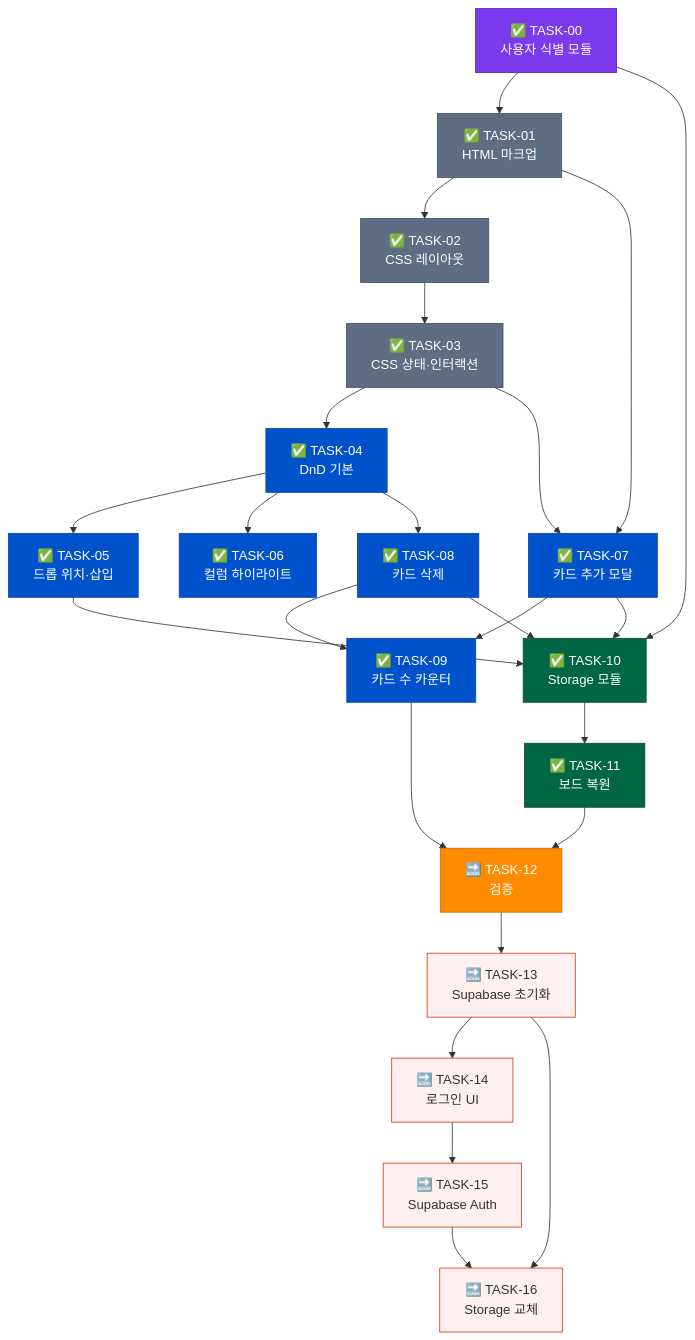
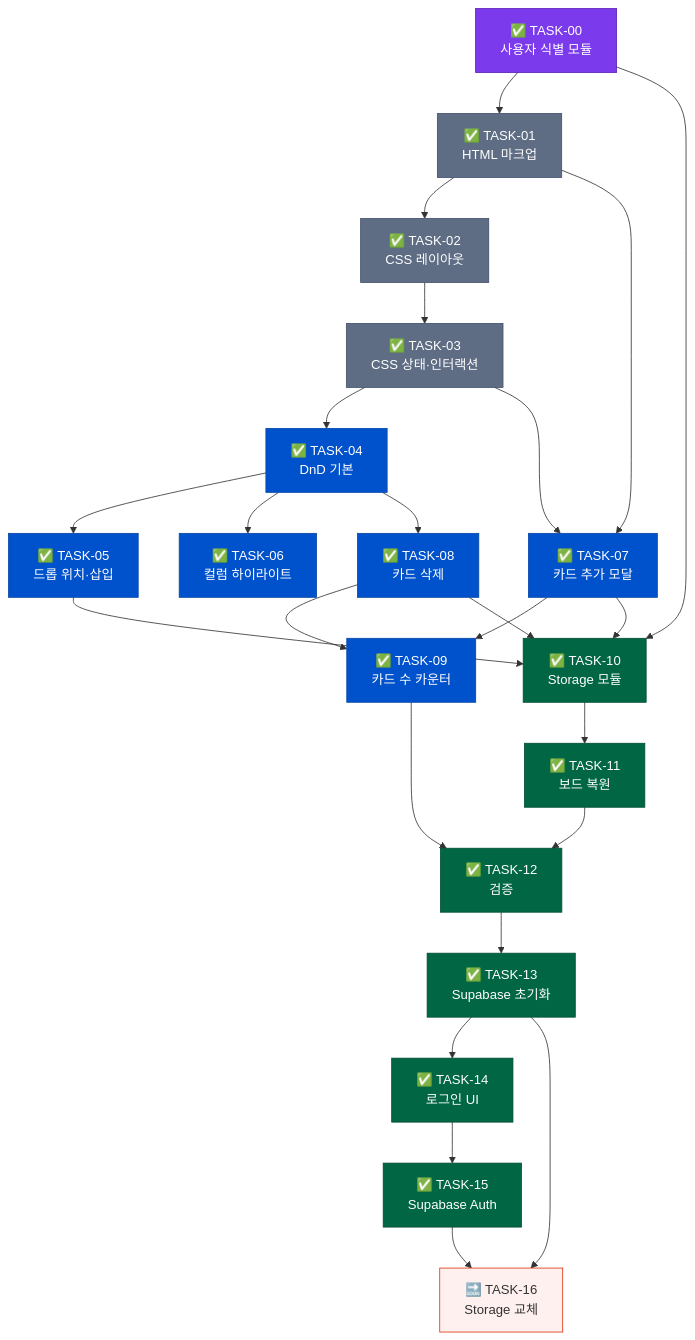
One commit to TTTHHH5/kanban changed the diagram in docs/tasks.md. Above: the diagram before and after it, drawn with Mermaid. The commit also changed other lines of this file and 6 other files, not shown here.

First line of the commit message:
docs: v2.0 문서 업데이트 (Supabase Auth 반영)

````diff
--- a/docs/tasks.md
+++ b/docs/tasks.md
@@ -14,62 +14,62 @@
 ```mermaid
 flowchart TD
     T00["✅ TASK-00\n사용자 식별 모듈"]
     T01["✅ TASK-01\nHTML 마크업"]
     T02["✅ TASK-02\nCSS 레이아웃"]
     T03["✅ TASK-03\nCSS 상태·인터랙션"]
     T04["✅ TASK-04\nDnD 기본"]
     T05["✅ TASK-05\n드롭 위치·삽입"]
     T06["✅ TASK-06\n컬럼 하이라이트"]
     T07["✅ TASK-07\n카드 추가 모달"]
     T08["✅ TASK-08\n카드 삭제"]
     T09["✅ TASK-09\n카드 수 카운터"]
     T10["✅ TASK-10\nStorage 모듈"]
     T11["✅ TASK-11\n보드 복원"]
-    T12["🔜 TASK-12\n검증"]
-    T13["🔜 TASK-13\nSupabase 초기화"]
-    T14["🔜 TASK-14\n로그인 UI"]
-    T15["🔜 TASK-15\nSupabase Auth"]
+    T12["✅ TASK-12\n검증"]
+    T13["✅ TASK-13\nSupabase 초기화"]
+    T14["✅ TASK-14\n로그인 UI"]
+    T15["✅ TASK-15\nSupabase Auth"]
     T16["🔜 TASK-16\nStorage 교체"]
 
     T00 --> T01
     T00 --> T10
     T01 --> T02
     T02 --> T03
     T03 --> T04
     T03 --> T07
     T01 --> T07
     T04 --> T05
     T04 --> T06
     T04 --> T08
     T07 --> T09
     T08 --> T09
     T07 --> T10
     T08 --> T10
     T05 --> T10
     T10 --> T11
     T09 --> T12
     T11 --> T12
     T12 --> T13
     T13 --> T14
     T13 --> T16
     T14 --> T15
     T15 --> T16
 
     style T00 fill:#7c3aed,stroke:#5b21b6,color:#fff
     style T01 fill:#5e6c84,stroke:#42526e,color:#fff
     style T02 fill:#5e6c84,stroke:#42526e,color:#fff
     style T03 fill:#5e6c84,stroke:#42526e,color:#fff
     style T04 fill:#0052cc,stroke:#0747a6,color:#fff
     style T05 fill:#0052cc,stroke:#0747a6,color:#fff
     style T06 fill:#0052cc,stroke:#0747a6,color:#fff
     style T07 fill:#0052cc,stroke:#0747a6,color:#fff
     style T08 fill:#0052cc,stroke:#0747a6,color:#fff
     style T09 fill:#0052cc,stroke:#0747a6,color:#fff
     style T10 fill:#006644,stroke:#004d33,color:#fff
     style T11 fill:#006644,stroke:#004d33,color:#fff
-    style T12 fill:#ff8b00,stroke:#cc6f00,color:#fff
-    style T13 fill:#fff0f0,stroke:#de350b
-    style T14 fill:#fff0f0,stroke:#de350b
-    style T15 fill:#fff0f0,stroke:#de350b
+    style T12 fill:#006644,stroke:#004d33,color:#fff
+    style T13 fill:#006644,stroke:#004d33,color:#fff
+    style T14 fill:#006644,stroke:#004d33,color:#fff
+    style T15 fill:#006644,stroke:#004d33,color:#fff
     style T16 fill:#fff0f0,stroke:#de350b
 ```
````
